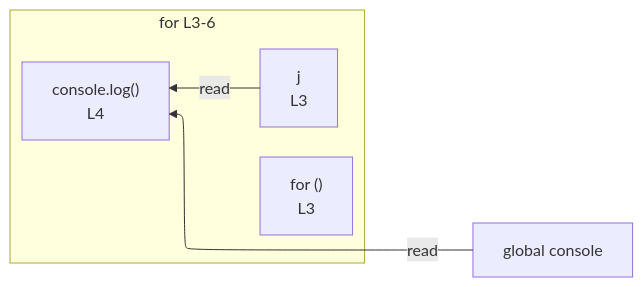
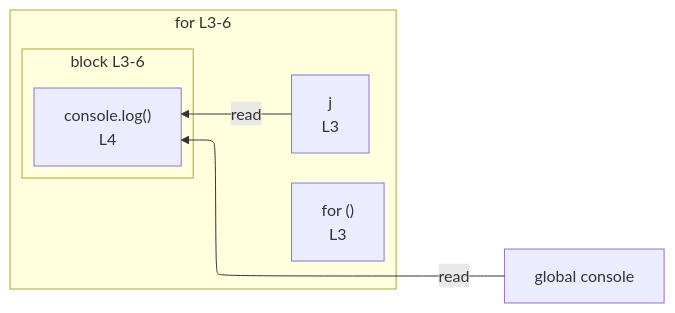
One commit to crescware/unsnarl changed the diagram in integration/fixtures/iteration-statement/classic-for/const-init-empty-update/preview.md. Above: the diagram before and after it, drawn with Mermaid. The commit also changed 106 other files, not shown here.

````diff
--- a/integration/fixtures/iteration-statement/classic-for/const-init-empty-update/preview.md
+++ b/integration/fixtures/iteration-statement/classic-for/const-init-empty-update/preview.md
@@ -16,13 +16,16 @@
 ```mermaid
 %%{init: {"flowchart": {"defaultRenderer": "elk"}}}%%
 flowchart RL
   n_scope_0_console_128["global console"]
   subgraph s_scope_1["for L3-6"]
     direction RL
     for_test_scope_0_102["for ()<br/>L3"]
     n_scope_1_j_113["j<br/>L3"]
-    expr_stmt_128["console.log()<br/>L4"]
+    subgraph s_scope_2["block L3-6"]
+      direction RL
+      expr_stmt_128["console.log()<br/>L4"]
+    end
   end
   n_scope_0_console_128 -->|read| expr_stmt_128
   n_scope_1_j_113 -->|read| expr_stmt_128
 ```
````
